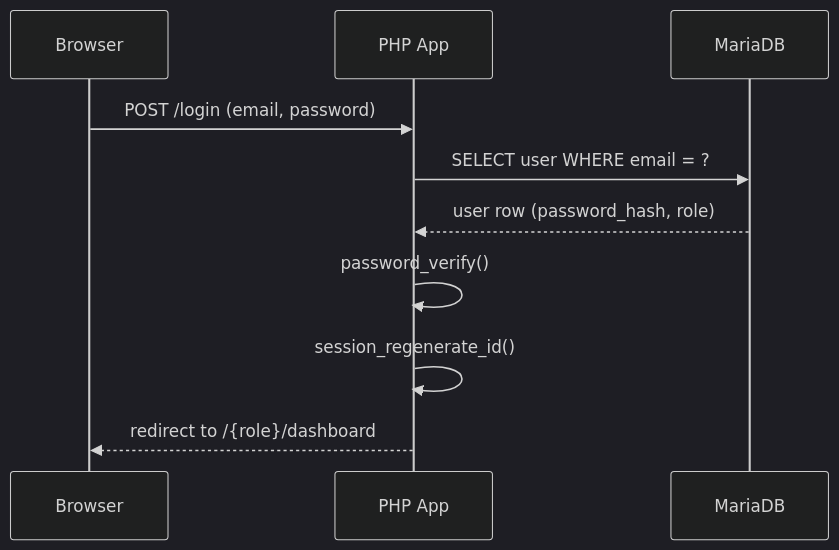
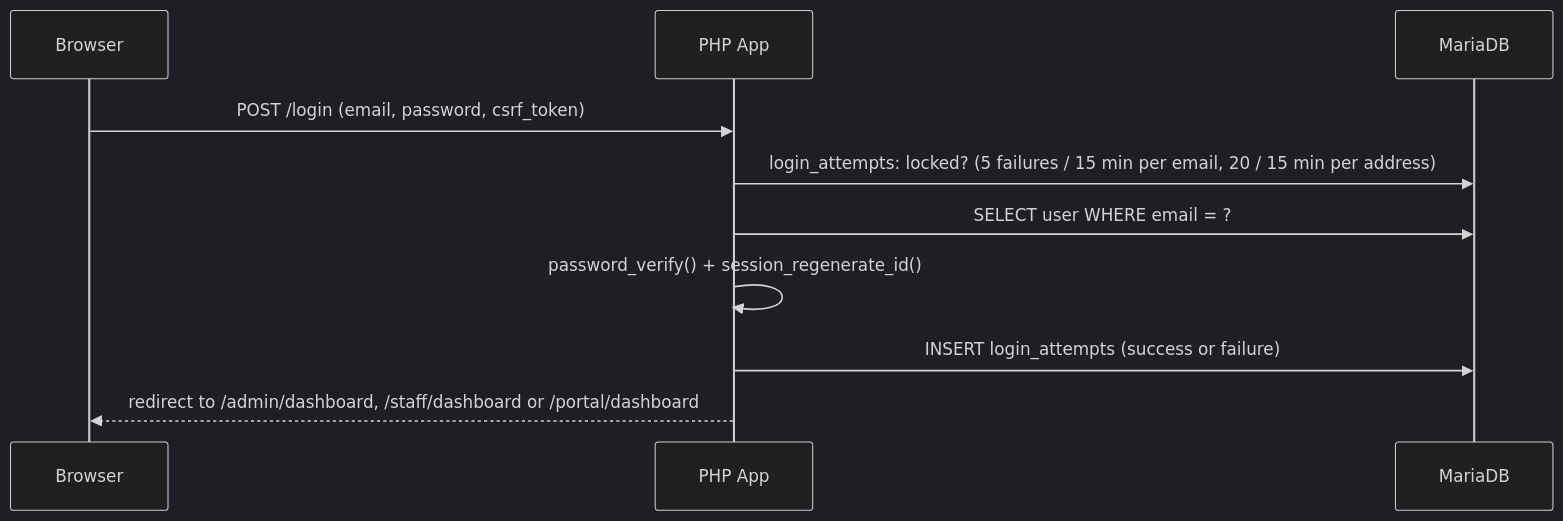
Before and after one commit to Kierbz123/rjm-boardinghouse-system: the first of 7 diagrams in claude-code-project-files/ARCHITECTURE.md, drawn with Mermaid (dark theme). The commit also changed other lines of this file and 107 other files, not shown here.

````diff
--- a/claude-code-project-files/ARCHITECTURE.md
+++ b/claude-code-project-files/ARCHITECTURE.md
@@ -105,12 +76,12 @@
 ```mermaid
 sequenceDiagram
     participant B as Browser
     participant P as PHP App
     participant D as MariaDB
-    B->>P: POST /login (email, password)
+    B->>P: POST /login (email, password, csrf_token)
+    P->>D: login_attempts: locked? (5 failures / 15 min per email, 20 / 15 min per address)
     P->>D: SELECT user WHERE email = ?
-    D-->>P: user row (password_hash, role)
-    P->>P: password_verify()
-    P->>P: session_regenerate_id()
-    P-->>B: redirect to /{role}/dashboard
+    P->>P: password_verify() + session_regenerate_id()
+    P->>D: INSERT login_attempts (success or failure)
+    P-->>B: redirect to /admin/dashboard, /staff/dashboard or /portal/dashboard
 ```
````
